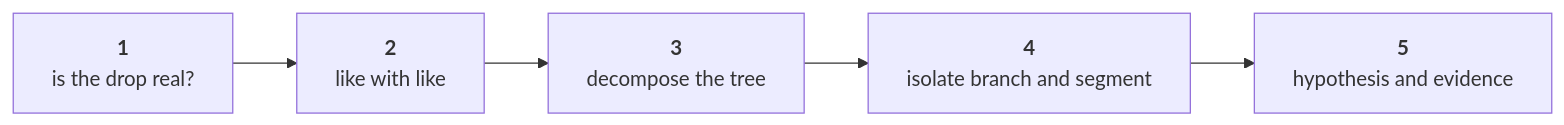
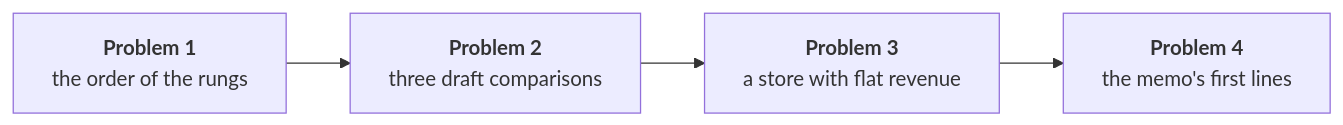
One commit to fde-academy-lab/c2-content-factory changed the diagram in content/W01/D2/exercises/practice/C2_W01_D02_practice_lab_STUDENT.md. Above: the diagram before and after it, drawn with Mermaid. The commit also changed other lines of this file and 31 other files, not shown here.

````diff
--- a/content/W01/D2/exercises/practice/C2_W01_D02_practice_lab_STUDENT.md
+++ b/content/W01/D2/exercises/practice/C2_W01_D02_practice_lab_STUDENT.md
@@ -15,7 +39,6 @@
 ```mermaid
 flowchart LR
-    R1["<b>1</b><br/>is the drop real?"] --> R2["<b>2</b><br/>like with like"]
-    R2 --> R3["<b>3</b><br/>decompose the tree"]
-    R3 --> R4["<b>4</b><br/>isolate branch and segment"]
-    R4 --> R5["<b>5</b><br/>hypothesis and evidence"]
+    P1["<b>Problem 1</b><br/>the order of the rungs"] --> P2["<b>Problem 2</b><br/>three draft comparisons"]
+    P2 --> P3["<b>Problem 3</b><br/>a store with flat revenue"]
+    P3 --> P4["<b>Problem 4</b><br/>the memo's first lines"]
 ```
````
